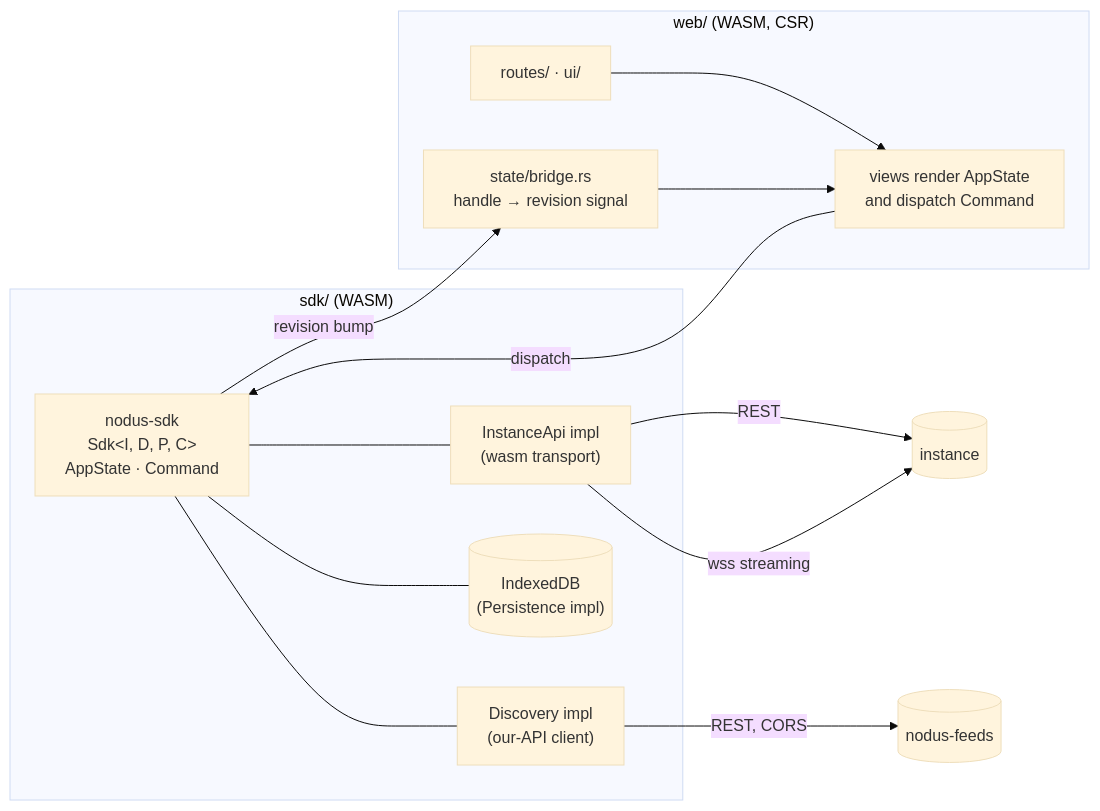
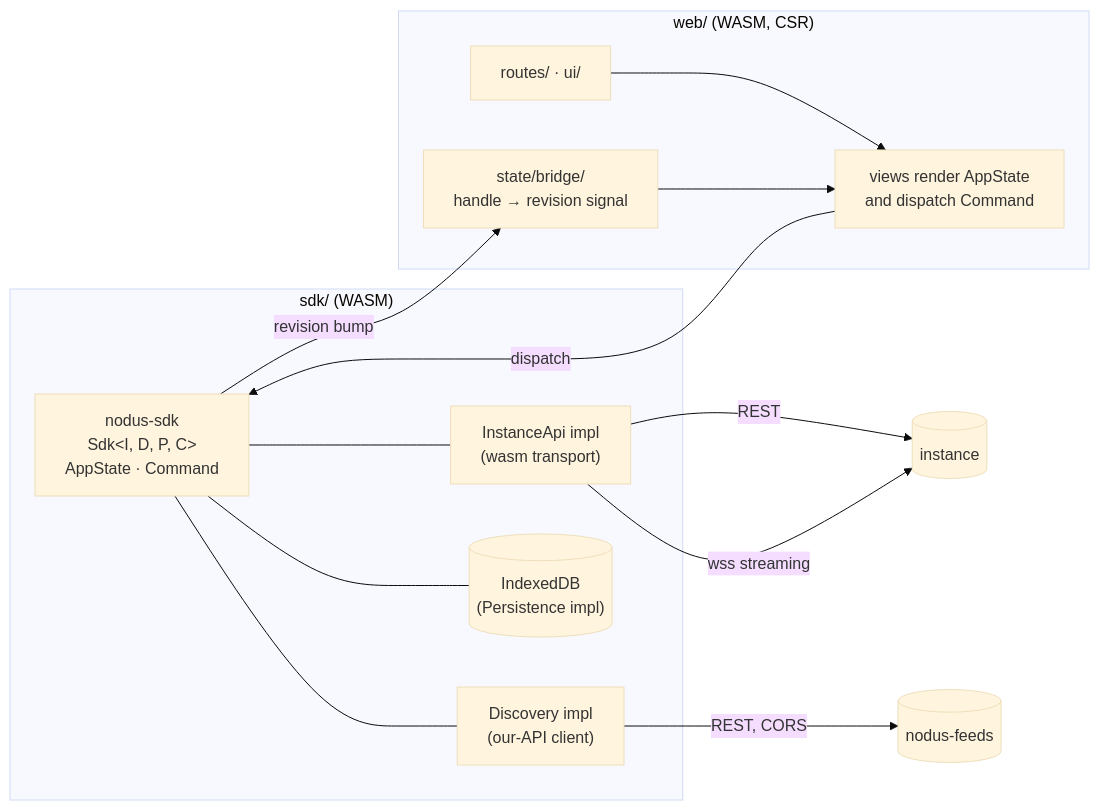
The diagram in docs/02-architecture.md (Luxuride/nodus-web), drawn with Mermaid (base theme) before and after one commit. The commit also changed other lines of this file and 19 other files, not shown here.

````diff
--- a/docs/02-architecture.md
+++ b/docs/02-architecture.md
@@ -10,24 +10,24 @@
 ```mermaid
 flowchart LR
     subgraph sdk["sdk/ (WASM)"]
         STATEMACHINE["nodus-sdk<br/>Sdk&lt;I, D, P, C&gt;<br/>AppState · Command"]
         MASTO["InstanceApi impl<br/>(wasm transport)"]
         APIC["Discovery impl<br/>(our-API client)"]
         IDB[("IndexedDB<br/>(Persistence impl)")]
     end
     subgraph app["web/ (WASM, CSR)"]
         ROUTES["routes/ · ui/"]
         VIEWS["views render AppState<br/>and dispatch Command"]
-        BRIDGE["state/bridge.rs<br/>handle → revision signal"]
+        BRIDGE["state/bridge/<br/>handle → revision signal"]
     end
     MASTO -->|REST| INST[(instance)]
     MASTO -->|wss streaming| INST
     APIC -->|"REST, CORS"| API[(nodus-feeds)]
     STATEMACHINE --- MASTO
     STATEMACHINE --- APIC
     STATEMACHINE --- IDB
     ROUTES --> VIEWS
     VIEWS -->|dispatch| STATEMACHINE
     STATEMACHINE -->|"revision bump"| BRIDGE
     BRIDGE --> VIEWS
 ```
````
